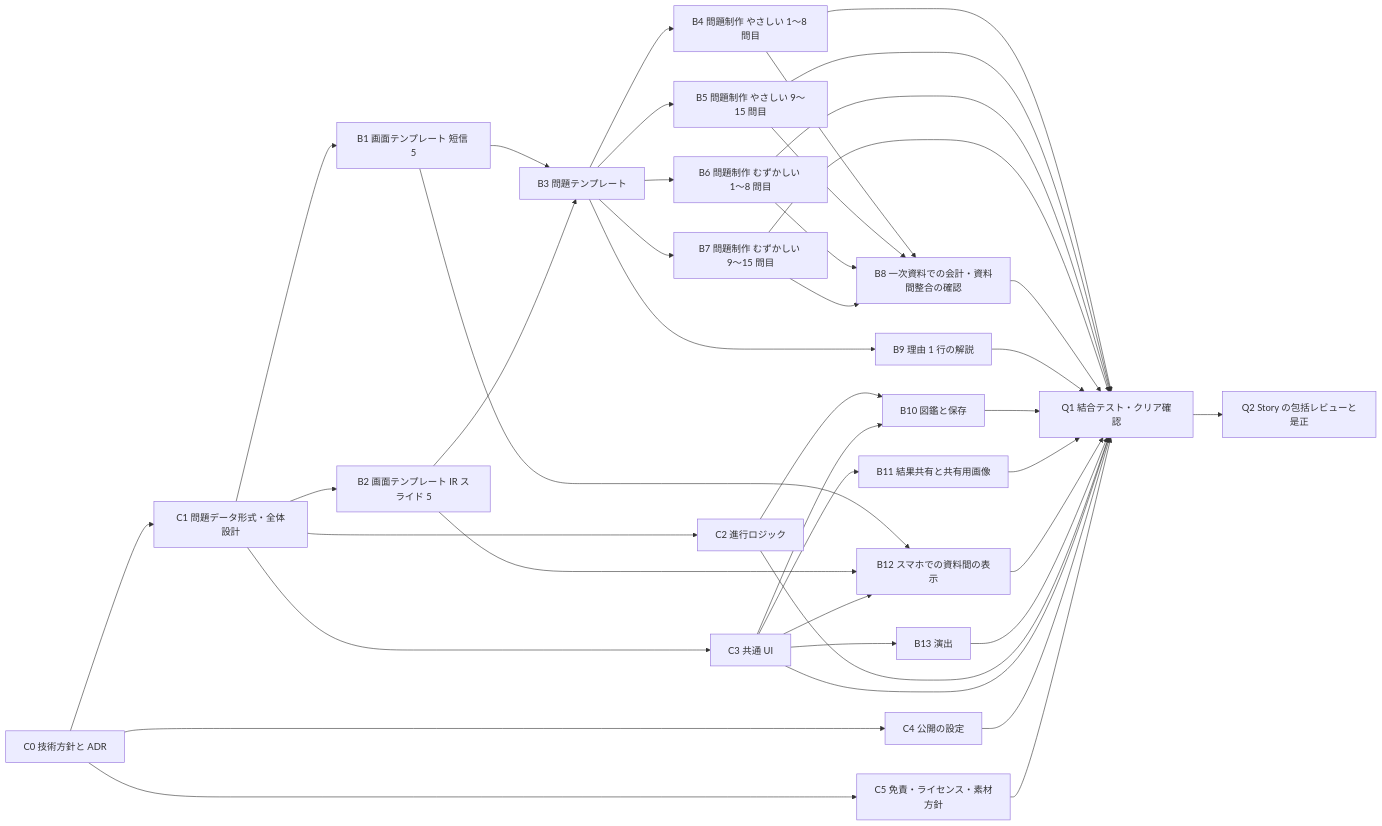
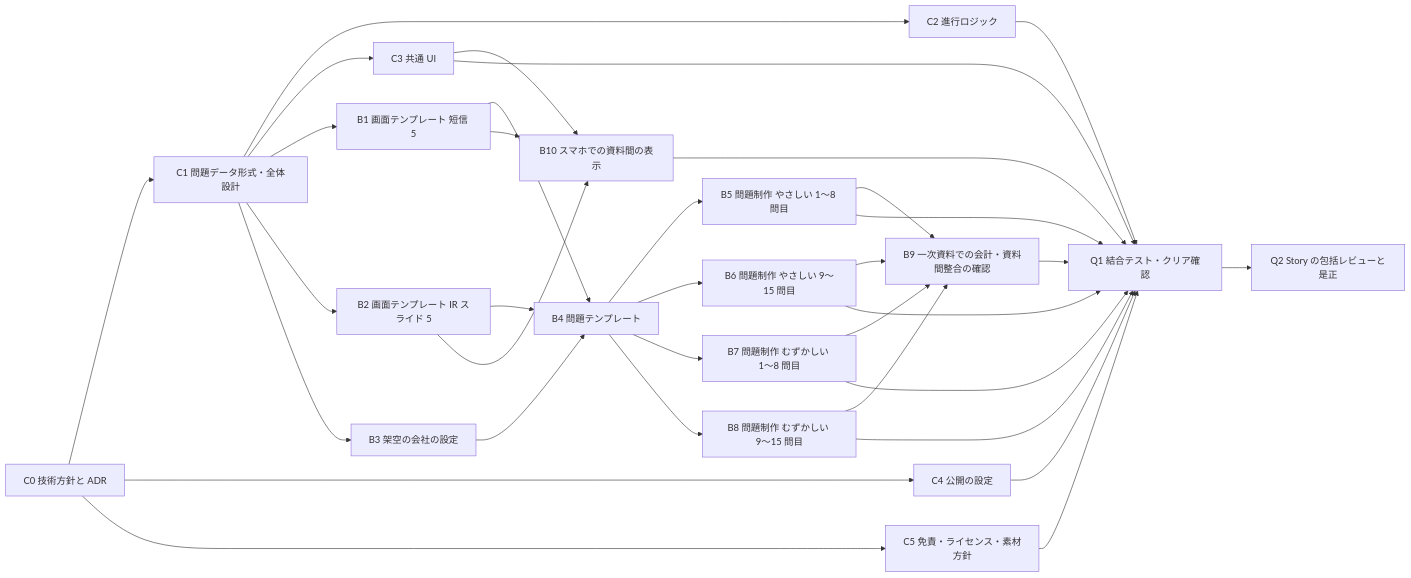
The second of 3 diagrams in docs/plans/plan-comparison.md (calliope-pro/kessan-8), drawn with Mermaid before and after one commit. The commit also changed other lines of this file and 1 other file, not shown here.

````diff
--- a/docs/plans/plan-comparison.md
+++ b/docs/plans/plan-comparison.md
@@ -167,64 +185,54 @@
 ```mermaid
 flowchart LR
   BC0["C0 技術方針と ADR"]
   BC1["C1 問題データ形式・全体設計"]
   BC2["C2 進行ロジック"]
   BC3["C3 共通 UI"]
   BC4["C4 公開の設定"]
   BC5["C5 免責・ライセンス・素材方針"]
   BB1["B1 画面テンプレート 短信 5"]
   BB2["B2 画面テンプレート IR スライド 5"]
-  BB3["B3 問題テンプレート"]
-  BB4["B4 問題制作 やさしい 1〜8 問目"]
-  BB5["B5 問題制作 やさしい 9〜15 問目"]
-  BB6["B6 問題制作 むずかしい 1〜8 問目"]
-  BB7["B7 問題制作 むずかしい 9〜15 問目"]
-  BB8["B8 一次資料での会計・資料間整合の確認"]
-  BB9["B9 理由 1 行の解説"]
-  BB10["B10 図鑑と保存"]
-  BB11["B11 結果共有と共有用画像"]
-  BB12["B12 スマホでの資料間の表示"]
-  BB13["B13 演出"]
+  BB3["B3 架空の会社の設定"]
+  BB4["B4 問題テンプレート"]
+  BB5["B5 問題制作 やさしい 1〜8 問目"]
+  BB6["B6 問題制作 やさしい 9〜15 問目"]
+  BB7["B7 問題制作 むずかしい 1〜8 問目"]
+  BB8["B8 問題制作 むずかしい 9〜15 問目"]
+  BB9["B9 一次資料での会計・資料間整合の確認"]
+  BB10["B10 スマホでの資料間の表示"]
   BQ1["Q1 結合テスト・クリア確認"]
   BQ2["Q2 Story の包括レビューと是正"]
   BC0 --> BC1
   BC1 --> BC2
   BC1 --> BC3
   BC0 --> BC4
   BC0 --> BC5
   BC1 --> BB1
   BC1 --> BB2
-  BB1 --> BB3
-  BB2 --> BB3
+  BC1 --> BB3
+  BB1 --> BB4
+  BB2 --> BB4
   BB3 --> BB4
-  BB3 --> BB5
-  BB3 --> BB6
-  BB3 --> BB7
+  BB4 --> BB5
+  BB4 --> BB6
+  BB4 --> BB7
   BB4 --> BB8
-  BB5 --> BB8
-  BB6 --> BB8
-  BB7 --> BB8
-  BB3 --> BB9
-  BC2 --> BB10
+  BB5 --> BB9
+  BB6 --> BB9
+  BB7 --> BB9
+  BB8 --> BB9
+  BB1 --> BB10
+  BB2 --> BB10
   BC3 --> BB10
-  BC3 --> BB11
-  BB1 --> BB12
-  BB2 --> BB12
-  BC3 --> BB12
-  BC3 --> BB13
-  BB4 --> BQ1
   BB5 --> BQ1
   BB6 --> BQ1
   BB7 --> BQ1
   BB8 --> BQ1
   BB9 --> BQ1
   BB10 --> BQ1
-  BB11 --> BQ1
-  BB12 --> BQ1
-  BB13 --> BQ1
   BC2 --> BQ1
   BC3 --> BQ1
   BC4 --> BQ1
   BC5 --> BQ1
   BQ1 --> BQ2
 ```
````
